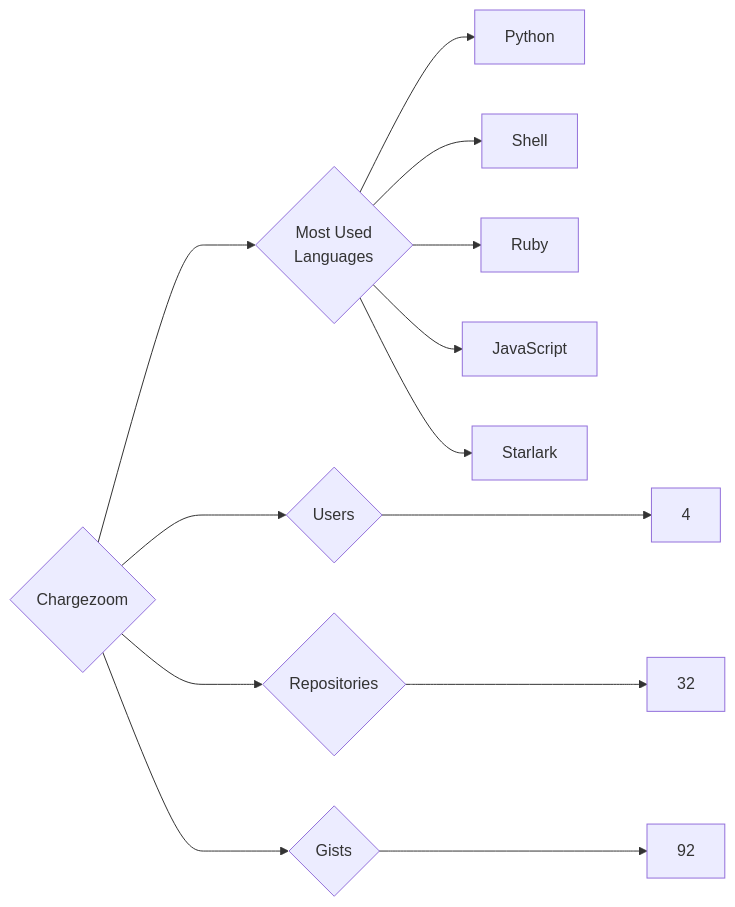
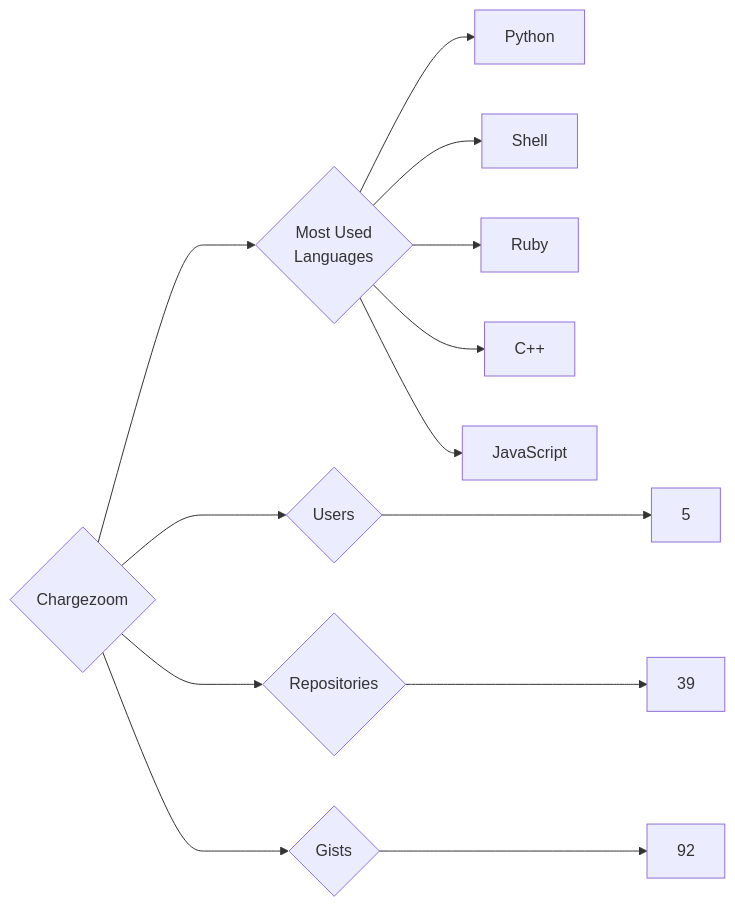
Before and after one commit to trickest/insiders: the diagram in targets/Chargezoom/README.md, drawn with Mermaid. The commit also changed 840 other files, not shown here.

````diff
--- a/targets/Chargezoom/README.md
+++ b/targets/Chargezoom/README.md
@@ -3,13 +3,13 @@
 ```mermaid
 graph LR
 COMPANY_NAME{Chargezoom}
-COMPANY_NAME ---> U{Users} ---> UN[4]
-COMPANY_NAME ---> R{Repositories} ---> RN[32]
+COMPANY_NAME ---> U{Users} ---> UN[5]
+COMPANY_NAME ---> R{Repositories} ---> RN[39]
 COMPANY_NAME ---> G{Gists} ---> GN[92]
 COMPANY_NAME ---> ML{Most Used<br>Languages}
 ML --> Python[Python]
 ML --> Shell[Shell]
 ML --> Ruby[Ruby]
+ML --> C++[C++]
 ML --> JavaScript[JavaScript]
-ML --> Starlark[Starlark]
 ```
````
